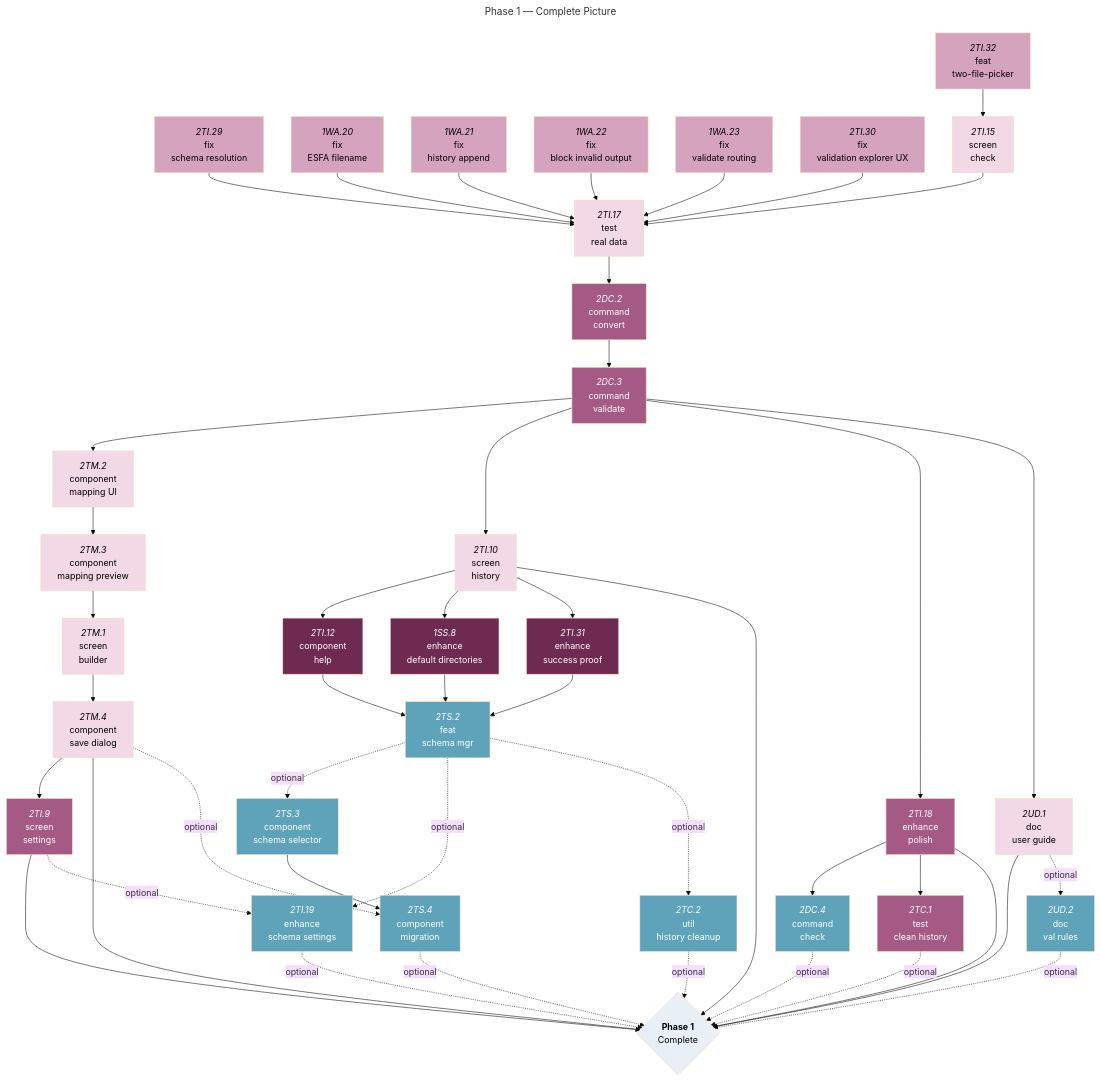
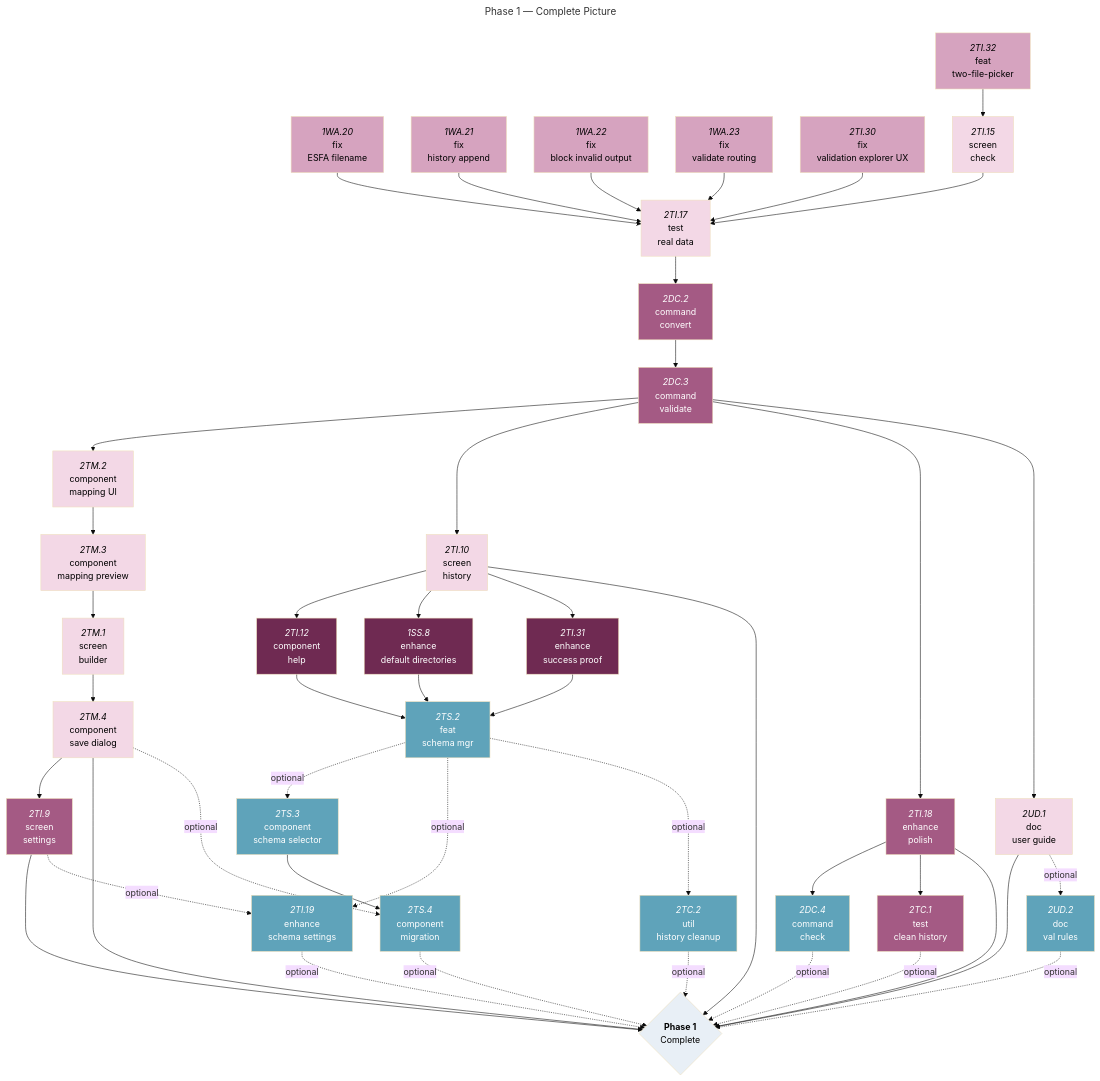
The fifth of 5 diagrams in docs/roadmaps/phase-1-mvp-features.md (foundersandcoders/iris), drawn with Mermaid (base theme) before and after one commit. The commit also changed other lines of this file, not shown here.

Commit message:
docs: update roadmap

````diff
--- a/docs/roadmaps/phase-1-mvp-features.md
+++ b/docs/roadmaps/phase-1-mvp-features.md
@@ -336,80 +335,79 @@
 ```mermaid
 ---
 title: Phase 1 — Complete Picture
 ---
 graph TD
 
 %% M2A Open — bugs/fixes before real-data testing %%
-2TI.29["`*2TI.29*<br/>fix<br/>schema resolution`"]:::must-open
 1WA.20["`*1WA.20*<br/>fix<br/>ESFA filename`"]:::must-open
 1WA.21["`*1WA.21*<br/>fix<br/>history append`"]:::must-open
 1WA.22["`*1WA.22*<br/>fix<br/>block invalid output`"]:::must-open
 1WA.23["`*1WA.23*<br/>fix<br/>validate routing`"]:::must-open
 2TI.30["`*2TI.30*<br/>fix<br/>validation explorer UX`"]:::must-open
 2TI.32["`*2TI.32*<br/>feat<br/>two-file-picker`"]:::must-open
 2TI.15["`*2TI.15*<br/>screen<br/>check`"]:::must-blocked
 2TI.12["`*2TI.12*<br/>component<br/>help`"]:::should-open
 1SS.8["`*1SS.8*<br/>enhance<br/>default directories`"]:::should-open
 2TI.31["`*2TI.31*<br/>enhance<br/>success proof`"]:::should-open
 2TI.17["`*2TI.17*<br/>test<br/>real data`"]:::must-blocked
 
 %% M2B Tasks %%
 2DC.2["`*2DC.2*<br/>command<br/>convert`"]:::should-blocked
 2DC.3["`*2DC.3*<br/>command<br/>validate`"]:::should-blocked
 2DC.4["`*2DC.4*<br/>command<br/>check`"]:::could-blocked
 
 %% M2C Tasks %%
 2TM.2["`*2TM.2*<br/>component<br/>mapping UI`"]:::must-blocked
 2TM.3["`*2TM.3*<br/>component<br/>mapping preview`"]:::must-blocked
 2TM.1["`*2TM.1*<br/>screen<br/>builder`"]:::must-blocked
 2TM.4["`*2TM.4*<br/>component<br/>save dialog`"]:::must-blocked
 2TI.9["`*2TI.9*<br/>screen<br/>settings`"]:::should-blocked
 2TS.2["`*2TS.2*<br/>feat<br/>schema mgr`"]:::could-blocked
 2TS.3["`*2TS.3*<br/>component<br/>schema selector`"]:::could-blocked
 2TS.4["`*2TS.4*<br/>component</br>migration`"]:::could-blocked
 2TI.19["`*2TI.19*<br/>enhance<br/>schema settings`"]:::could-blocked
 2TI.10["`*2TI.10*<br/>screen<br/>history`"]:::must-blocked
 2TI.18["`*2TI.18*<br/>enhance<br/>polish`"]:::should-blocked
 2TC.1["`*2TC.1*<br/>test<br/>clean history`"]:::should-blocked
 2UD.1["`*2UD.1*<br/>doc<br/>user guide`"]:::must-blocked
 2UD.2["`*2UD.2*<br/>doc<br/>val rules`"]:::could-blocked
 2TC.2["`*2TC.2*<br/>util<br/>history cleanup`"]:::could-blocked
 
 %% Milestone nodes %%
 phase1{"`**Phase 1**<br/>Complete`"}:::mile
 
 %% M2A Dependencies %%
 2TI.32 --> 2TI.15
-2TI.29 & 1WA.20 & 1WA.21 & 1WA.22 & 1WA.23 & 2TI.30 & 2TI.15 --> 2TI.17
+1WA.20 & 1WA.21 & 1WA.22 & 1WA.23 & 2TI.30 & 2TI.15 --> 2TI.17
 
 %% M2B Dependencies %%
 2TI.17 --> 2DC.2
 2DC.2 --> 2DC.3
 2DC.3 --> 2TM.2 & 2TI.10 & 2TI.18 & 2UD.1
 
 %% M2C Dependencies %%
 2TM.2 --> 2TM.3
 2TM.3 --> 2TM.1
 2TM.1 --> 2TM.4
 2TM.4 --> 2TI.9
 2TI.10 --> 2TI.12 & 1SS.8 & 2TI.31
 2TI.12 & 1SS.8 & 2TI.31 --> 2TS.2
 2TI.18 --> 2DC.4 & 2TC.1
 2TS.3 --> 2TS.4
 2TI.9 & 2TI.10 & 2TI.18 & 2UD.1 & 2TM.4 --> phase1
 
 %% OPTIONAL %%
 2UD.1 -.->|optional| 2UD.2
 2TI.9 -.->|optional| 2TI.19
 2TM.4 -.->|optional| 2TS.4
 2TS.2 -.->|optional| 2TS.3 & 2TI.19 & 2TC.2
 2DC.4 & 2TI.19 & 2TS.4 & 2UD.2 & 2TC.1 & 2TC.2 -.->|optional| phase1
 
 classDef must-open fill:#D6A3BF,color:#000;
 classDef must-blocked fill:#F3D8E6,color:#000;
 classDef should-open fill:#6F2A52,color:#fff;
 classDef should-blocked fill:#A45A84,color:#fff;
 classDef could-open fill:#3E7F96,color:#fff;
 classDef could-blocked fill:#5FA3BA,color:#fff;
 classDef mile fill:#E8EFF6,color:#000;
 ```
````
